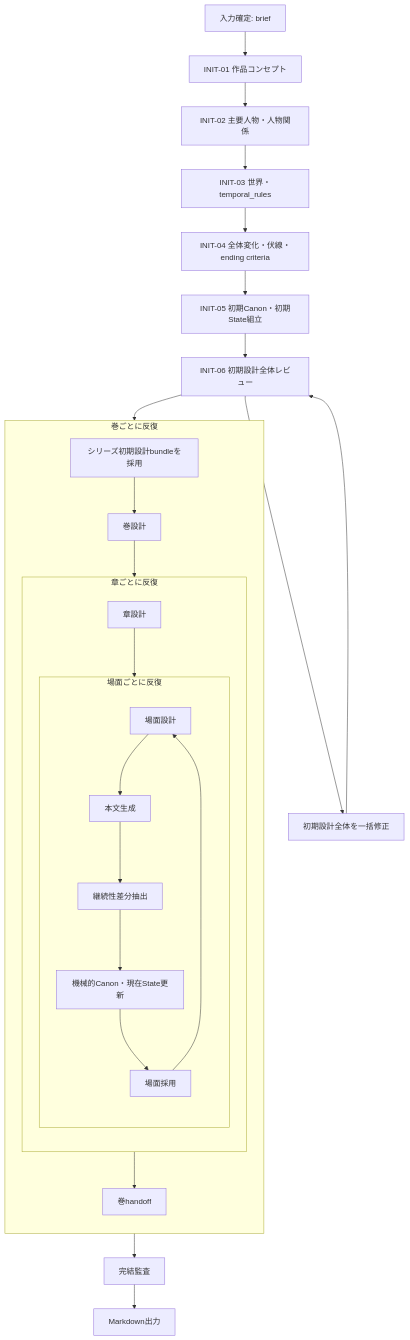
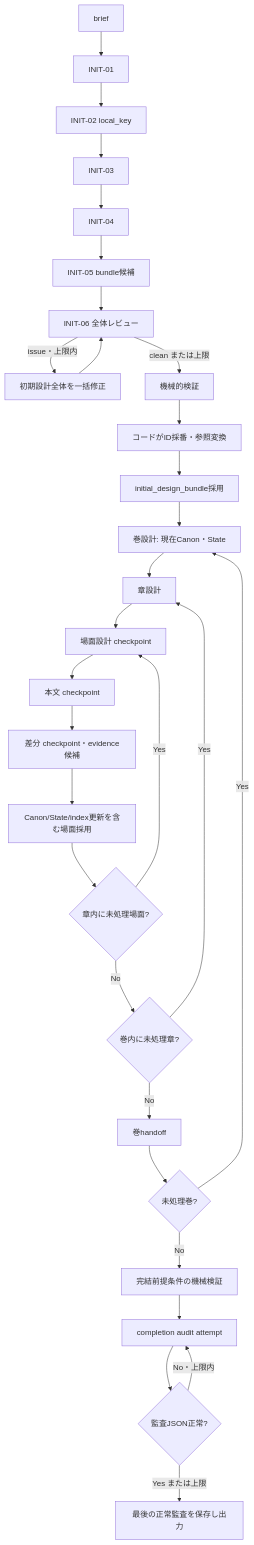
Before and after one commit to goura32/storycraft: the diagram in docs/design/series_engine_flow.md, drawn with Mermaid. The commit also changed other lines of this file and 6 other files, not shown here.

````diff
--- a/docs/design/series_engine_flow.md
+++ b/docs/design/series_engine_flow.md
@@ -9,33 +5,32 @@
 ```mermaid
 flowchart TD
-    Input[入力確定: brief] --> IC[INIT-01 作品コンセプト]
-    IC --> ICR[INIT-02 主要人物・人物関係]
-    ICR --> IWT[INIT-03 世界・temporal_rules]
-    IWT --> ISA[INIT-04 全体変化・伏線・ending criteria]
-    ISA --> ICA[INIT-05 初期Canon・初期State組立]
-    ICA --> IDR[INIT-06 初期設計全体レビュー]
-    IDR --> IDFix[初期設計全体を一括修正]
-    IDFix --> IDR
-    IDR --> InitialAdopt[シリーズ初期設計bundleを採用]
-
-    subgraph PerVolume[巻ごとに反復]
-      direction TD
-      InitialAdopt --> VD[巻設計]
-      VD --> CD[章設計]
-      subgraph PerChapter[章ごとに反復]
-        direction TD
-        CD --> SCD[場面設計]
-        subgraph PerScene[場面ごとに反復]
-          direction TD
-          SCD --> Prose[本文生成]
-          Prose --> Delta[継続性差分抽出]
-          Delta --> Apply[機械的Canon・現在State更新]
-          Apply --> SceneAdopt[場面採用]
-        end
-        SceneAdopt --> SCD
-      end
-      SceneAdopt --> VH[巻handoff]
-    end
-    VH --> Completion[完結監査]
-    Completion --> Output[Markdown出力]
+  B[brief] --> I1[INIT-01]
+  I1 --> I2[INIT-02 local_key]
+  I2 --> I3[INIT-03]
+  I3 --> I4[INIT-04]
+  I4 --> I5[INIT-05 bundle候補]
+  I5 --> R[INIT-06 全体レビュー]
+  R -->|issue・上限内| X[初期設計全体を一括修正]
+  X --> R
+  R -->|clean または上限| V[機械的検証]
+  V --> ID[コードがID採番・参照変換]
+  ID --> A[initial_design_bundle採用]
+  A --> VD[巻設計: 現在Canon・State]
+  VD --> CD[章設計]
+  CD --> SC[場面設計 checkpoint]
+  SC --> P[本文 checkpoint]
+  P --> D[差分 checkpoint・evidence候補]
+  D --> SA[Canon/State/index更新を含む場面採用]
+  SA --> MS{章内に未処理場面?}
+  MS -->|Yes| SC
+  MS -->|No| MC{巻内に未処理章?}
+  MC -->|Yes| CD
+  MC -->|No| VH[巻handoff]
+  VH --> MV{未処理巻?}
+  MV -->|Yes| VD
+  MV -->|No| CP[完結前提条件の機械検証]
+  CP --> CA[completion audit attempt]
+  CA --> CJ{監査JSON正常?}
+  CJ -->|No・上限内| CA
+  CJ -->|Yes または上限| OUT[最後の正常監査を保存し出力]
 ```
````
